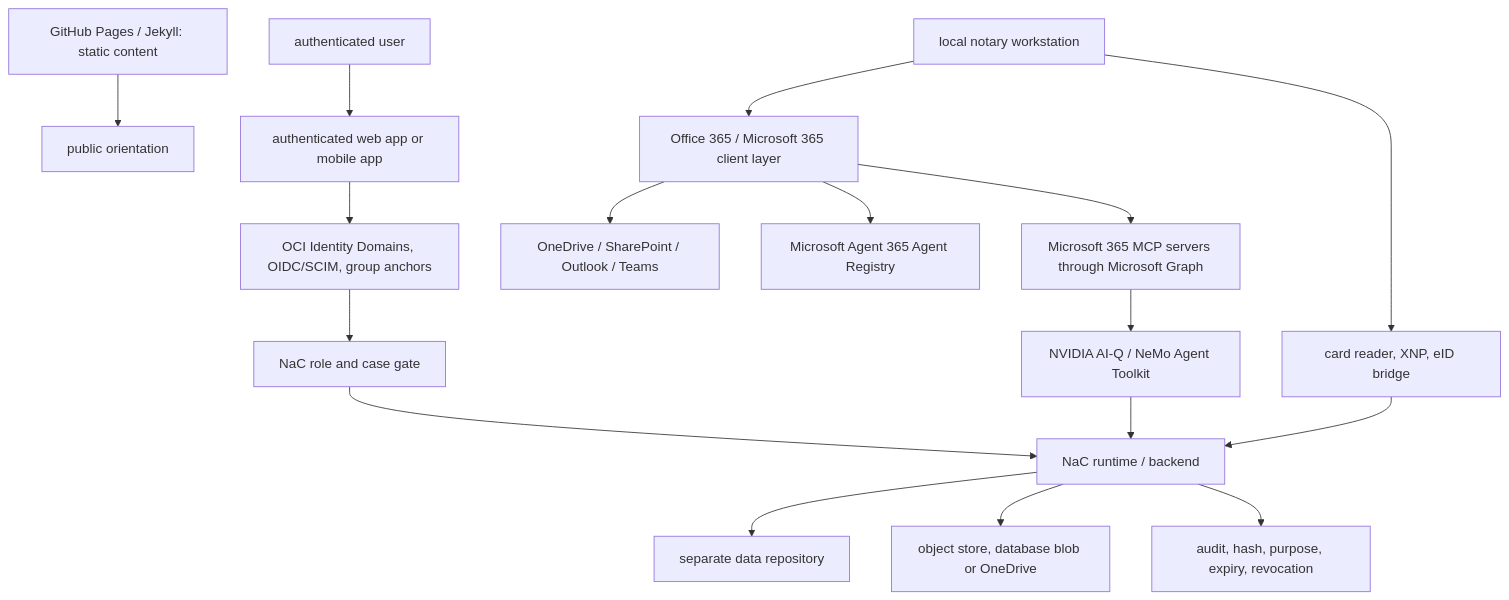
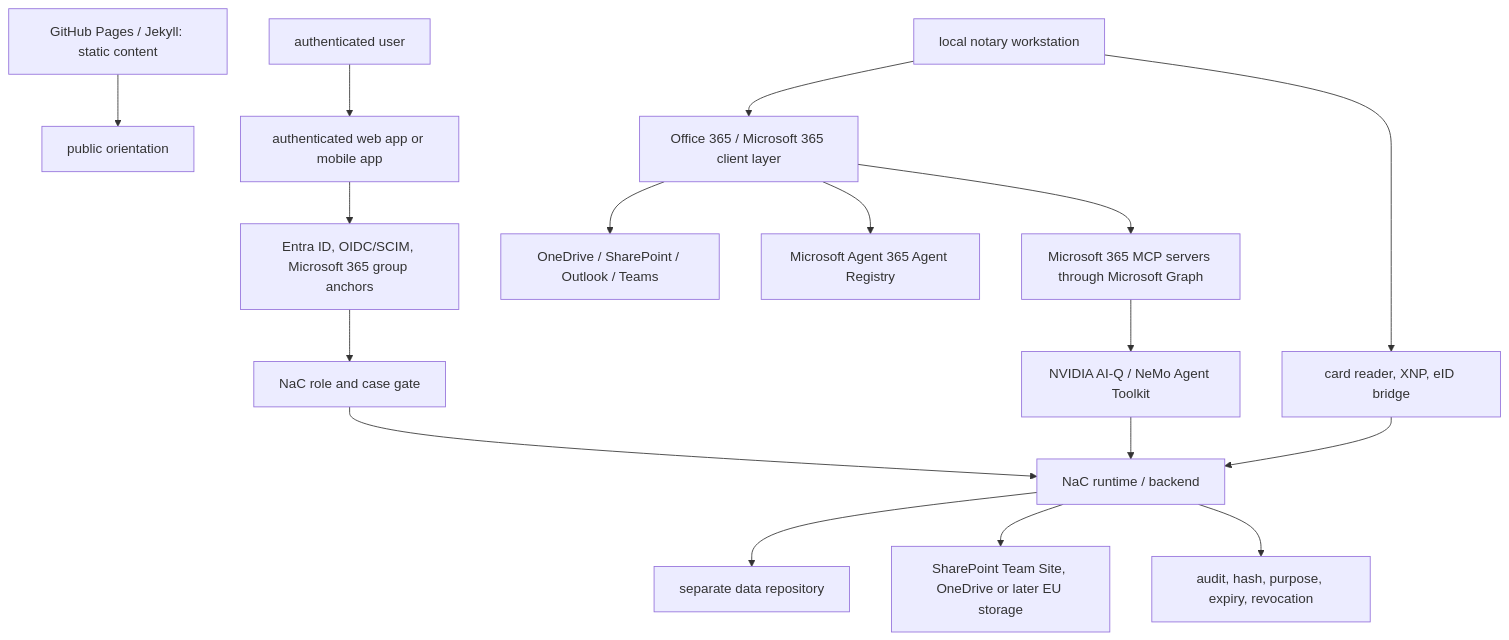
The diagram in docs/en/authenticated-webapp-operating-model.md (notariat8/NaC), drawn with Mermaid before and after one commit. The commit also changed other lines of this file and 4 other files, not shown here.

````diff
--- a/docs/en/authenticated-webapp-operating-model.md
+++ b/docs/en/authenticated-webapp-operating-model.md
@@ -36,19 +36,19 @@
 ```mermaid
 flowchart TD
     Static["GitHub Pages / Jekyll: static content"] --> Public["public orientation"]
     User["authenticated user"] --> AuthApp["authenticated web app or mobile app"]
-    AuthApp --> OciIdp["OCI Identity Domains, OIDC/SCIM, group anchors"]
-    OciIdp --> NacRole["NaC role and case gate"]
+    AuthApp --> EntraId["Entra ID, OIDC/SCIM, Microsoft 365 group anchors"]
+    EntraId --> NacRole["NaC role and case gate"]
     NacRole --> Runtime["NaC runtime / backend"]
     Runtime --> DataRepo["separate data repository"]
-    Runtime --> Storage["object store, database blob or OneDrive"]
+    Runtime --> Storage["SharePoint Team Site, OneDrive or later EU storage"]
     Runtime --> Audit["audit, hash, purpose, expiry, revocation"]
     Workstation --> O365["Office 365 / Microsoft 365 client layer"]
     O365 --> OneDrive["OneDrive / SharePoint / Outlook / Teams"]
     O365 --> AgentRegistry["Microsoft Agent 365 Agent Registry"]
     O365 --> M365Mcp["Microsoft 365 MCP servers through Microsoft Graph"]
     M365Mcp --> AiQ["NVIDIA AI-Q / NeMo Agent Toolkit"]
     AiQ --> Runtime
     Workstation["local notary workstation"] --> Card["card reader, XNP, eID bridge"]
     Card --> Runtime
 ```
````
